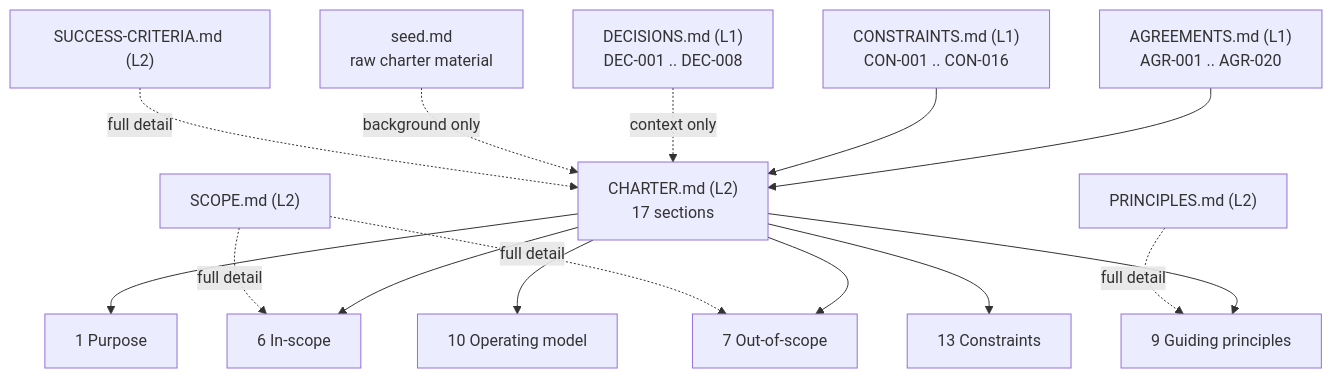
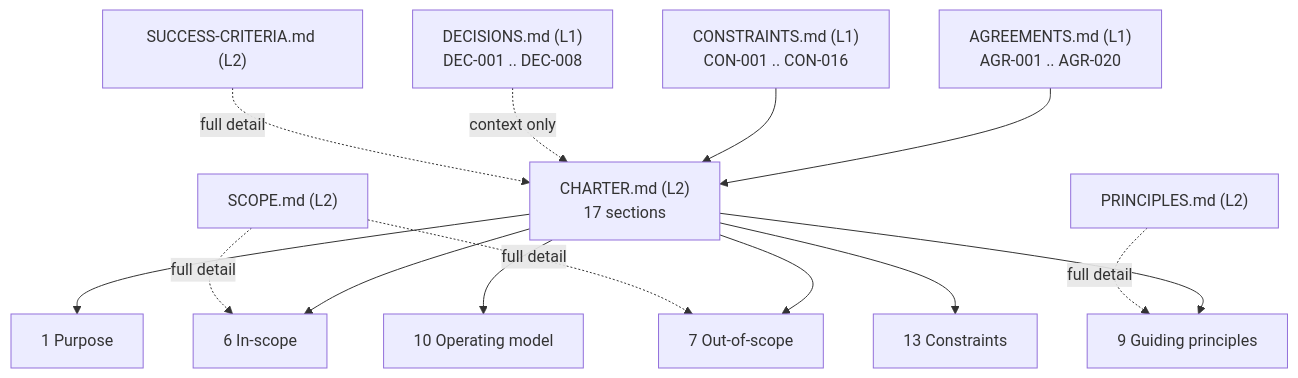
One commit to veglezMX/guardrails changed the diagram in solution-docs/80-agent-inputs/CHARTER-AGENT.md. Above: the diagram before and after it, drawn with Mermaid. The commit also changed other lines of this file and 91 other files, not shown here.

````diff
--- a/solution-docs/80-agent-inputs/CHARTER-AGENT.md
+++ b/solution-docs/80-agent-inputs/CHARTER-AGENT.md
@@ -103,17 +103,16 @@
 ```mermaid
 flowchart TD
     AGR["AGREEMENTS.md (L1)\nAGR-001 .. AGR-020"] --> CH["CHARTER.md (L2)\n17 sections"]
     CON["CONSTRAINTS.md (L1)\nCON-001 .. CON-016"] --> CH
     DEC["DECISIONS.md (L1)\nDEC-001 .. DEC-008"] -.context only.-> CH
-    SEED["seed.md\nraw charter material"] -.background only.-> CH
     CH --> S1["1 Purpose"]
     CH --> S6["6 In-scope"]
     CH --> S7["7 Out-of-scope"]
     CH --> S9["9 Guiding principles"]
     CH --> S10["10 Operating model"]
     CH --> S13["13 Constraints"]
     SCOPE["SCOPE.md (L2)"] -.full detail.-> S6
     SCOPE -.full detail.-> S7
     PRIN["PRINCIPLES.md (L2)"] -.full detail.-> S9
     SUCC["SUCCESS-CRITERIA.md (L2)"] -.full detail.-> CH
 ```
````
